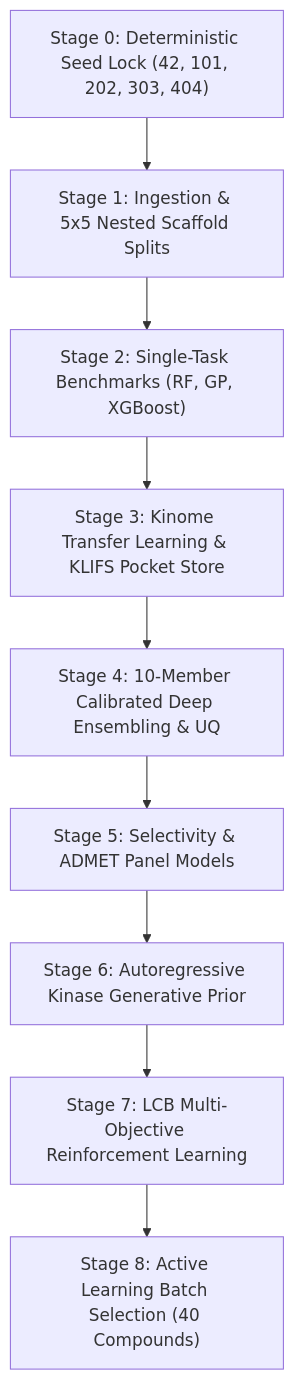
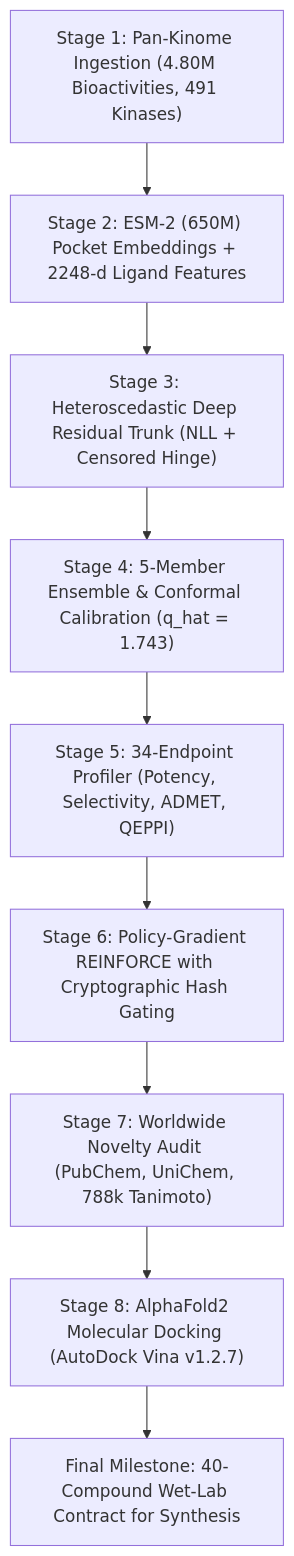
One commit to RathanPaida/Drug_discovery_research changed the diagram in README.md. Above: the diagram before and after it, drawn with Mermaid. The commit also changed other lines of this file and 1 other file, not shown here.

````diff
--- a/README.md
+++ b/README.md
@@ -34,11 +50,11 @@
 ```mermaid
 graph TD
-    A["Stage 0: Deterministic Seed Lock (42, 101, 202, 303, 404)"] --> B["Stage 1: Ingestion & 5x5 Nested Scaffold Splits"]
-    B --> C["Stage 2: Single-Task Benchmarks (RF, GP, XGBoost)"]
-    C --> D["Stage 3: Kinome Transfer Learning & KLIFS Pocket Store"]
-    D --> E["Stage 4: 10-Member Calibrated Deep Ensembling & UQ"]
-    E --> F["Stage 5: Selectivity & ADMET Panel Models"]
-    F --> G["Stage 6: Autoregressive Kinase Generative Prior"]
-    G --> H["Stage 7: LCB Multi-Objective Reinforcement Learning"]
-    H --> I["Stage 8: Active Learning Batch Selection (40 Compounds)"]
+    A["Stage 1: Pan-Kinome Ingestion (4.80M Bioactivities, 491 Kinases)"] --> B["Stage 2: ESM-2 (650M) Pocket Embeddings + 2248-d Ligand Features"]
+    B --> C["Stage 3: Heteroscedastic Deep Residual Trunk (NLL + Censored Hinge)"]
+    C --> D["Stage 4: 5-Member Ensemble & Conformal Calibration (q_hat = 1.743)"]
+    D --> E["Stage 5: 34-Endpoint Profiler (Potency, Selectivity, ADMET, QEPPI)"]
+    E --> F["Stage 6: Policy-Gradient REINFORCE with Cryptographic Hash Gating"]
+    F --> G["Stage 7: Worldwide Novelty Audit (PubChem, UniChem, 788k Tanimoto)"]
+    G --> H["Stage 8: AlphaFold2 Molecular Docking (AutoDock Vina v1.2.7)"]
+    H --> I["Final Milestone: 40-Compound Wet-Lab Contract for Synthesis"]
 ```
````
